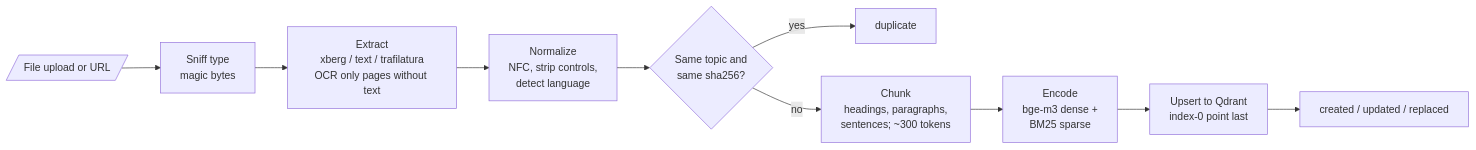
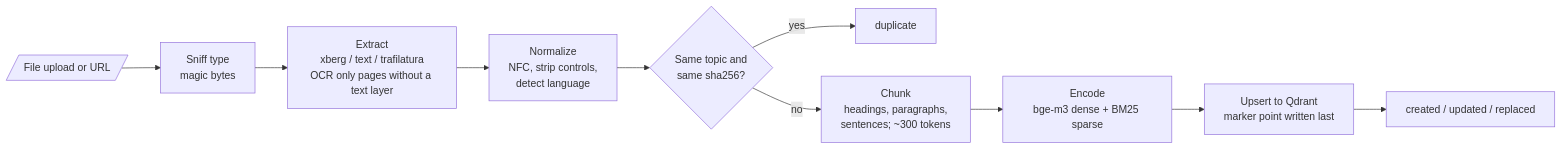
One commit to MicroClub-USTHB/micro-bot changed the third of 4 diagrams in README.md. Above: the diagram before and after it, drawn with Mermaid. The commit also changed other lines of this file and 8 other files, not shown here.

````diff
--- a/README.md
+++ b/README.md
@@ -104,12 +159,12 @@
 ```mermaid
 flowchart LR
     in[/File upload or URL/] --> sniff[Sniff type<br/>magic bytes]
-    sniff --> ext[Extract<br/>xberg / text / trafilatura<br/>OCR only pages without text]
+    sniff --> ext[Extract<br/>xberg / text / trafilatura<br/>OCR only pages without a text layer]
     ext --> norm[Normalize<br/>NFC, strip controls,<br/>detect language]
     norm --> dup{Same topic and<br/>same sha256?}
     dup -- yes --> dupres[duplicate]
     dup -- no --> chunk[Chunk<br/>headings, paragraphs,<br/>sentences; ~300 tokens]
-    chunk --> enc[Encode<br/>bge-m3 dense +<br/>BM25 sparse]
-    enc --> up[Upsert to Qdrant<br/>index-0 point last]
+    chunk --> enc[Encode<br/>bge-m3 dense + BM25 sparse]
+    enc --> up[Upsert to Qdrant<br/>marker point written last]
     up --> res[created / updated / replaced]
 ```
````
